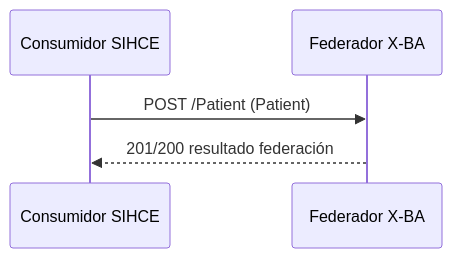
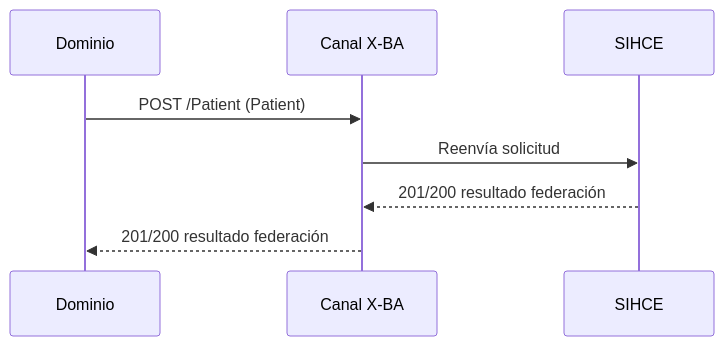
One commit to HL7-AR/sihce-ig changed the third of 9 diagrams in input/pagecontent/CasosDeUso.md. Above: the diagram before and after it, drawn with Mermaid. The commit also changed other lines of this file and 966 other files, not shown here.

First line of the commit message:
Aclarar arquitectura SIHCE/Canal X-BA y alinear ejemplos de lab/epicrisis.

````diff
--- a/input/pagecontent/CasosDeUso.md
+++ b/input/pagecontent/CasosDeUso.md
@@ -41,7 +49,10 @@
 ```mermaid
 sequenceDiagram
-  participant C as Consumidor SIHCE
-  participant X as Federador X-BA
+  participant C as Dominio
+  participant X as Canal X-BA
+  participant S as SIHCE
   C->>X: POST /Patient (Patient)
+  X->>S: Reenvía solicitud
+  S-->>X: 201/200 resultado federación
   X-->>C: 201/200 resultado federación
 ```
````
